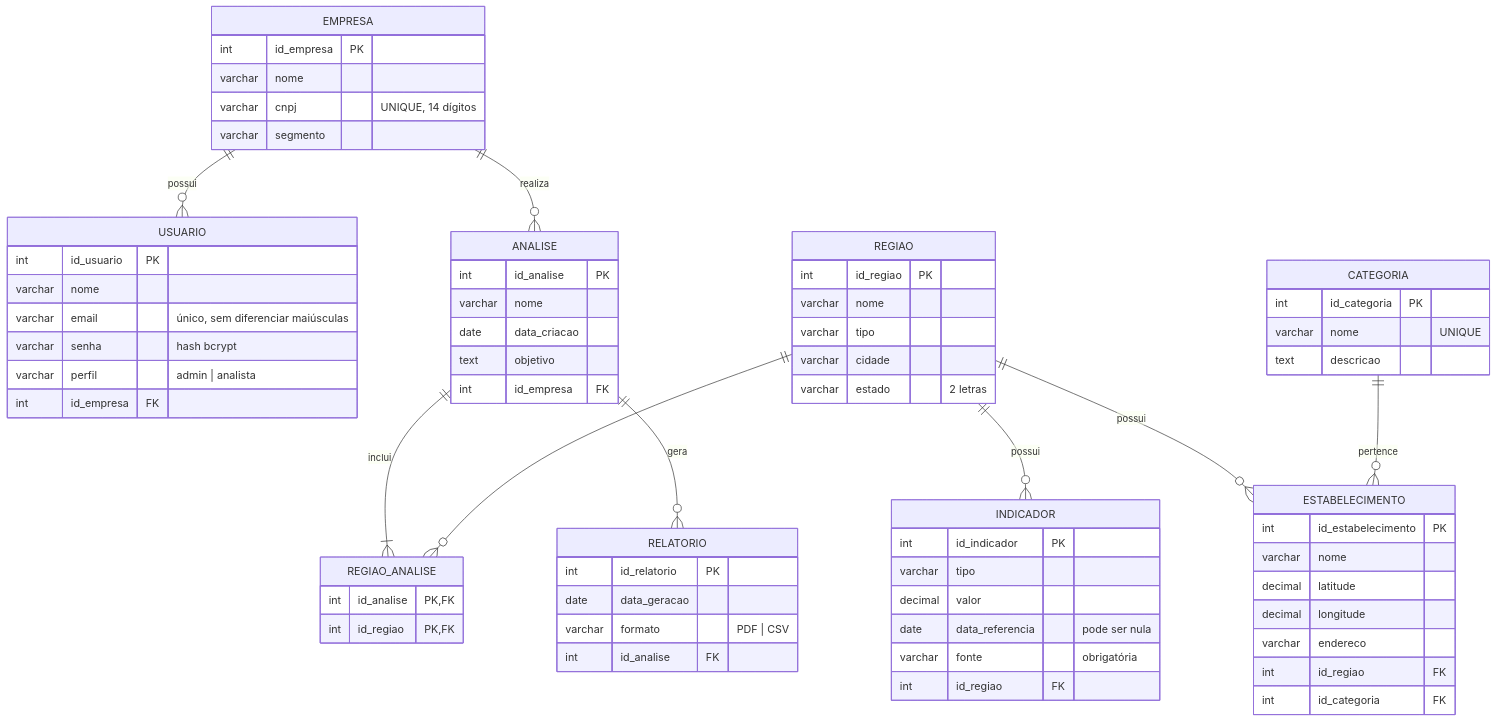
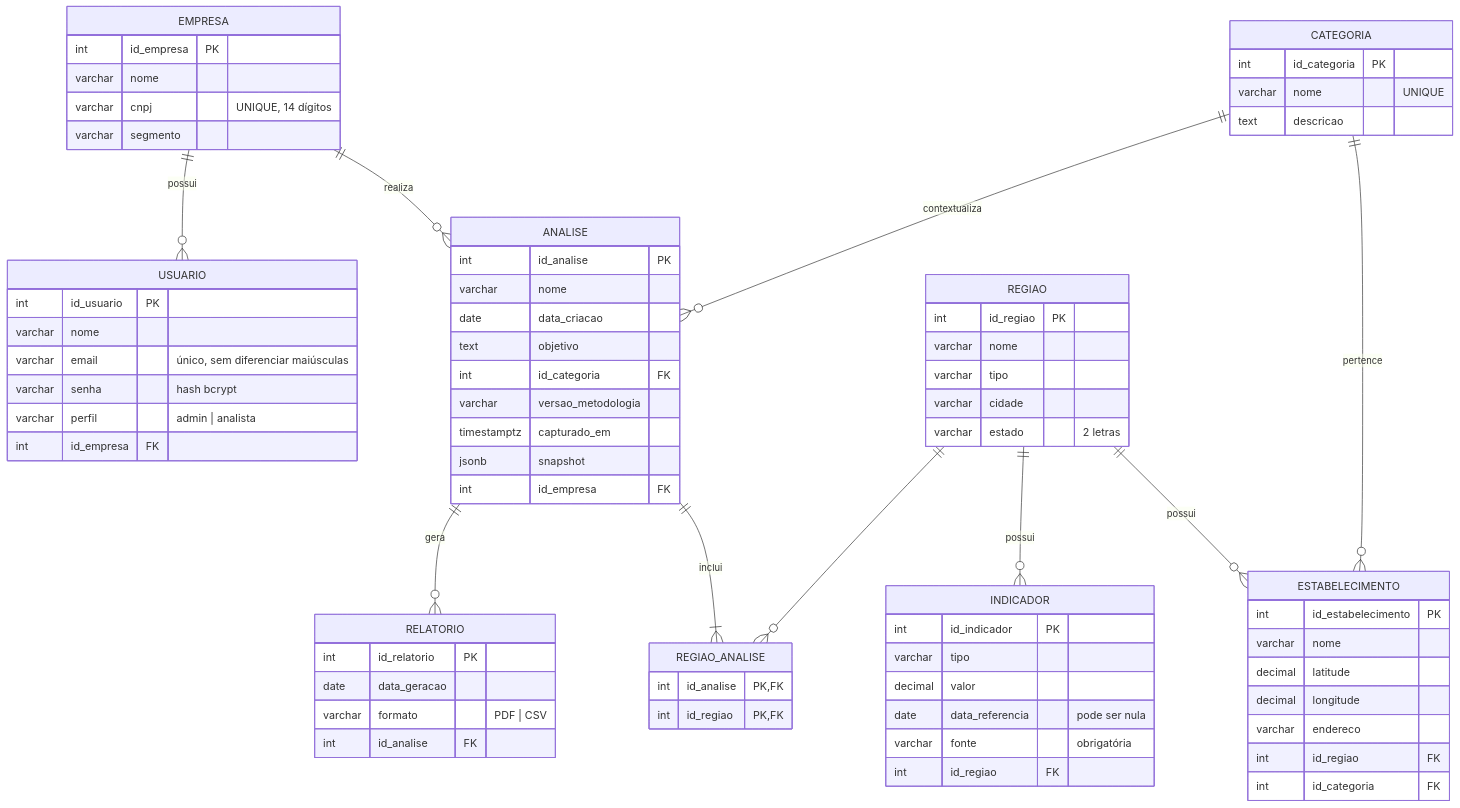
One commit to ogtompson/ponto-zero changed the diagram in docs/BANCO.md. Above: the diagram before and after it, drawn with Mermaid. The commit also changed other lines of this file and 3 other files, not shown here.

````diff
--- a/docs/BANCO.md
+++ b/docs/BANCO.md
@@ -17,71 +17,76 @@
 ```mermaid
 erDiagram
     EMPRESA {
         int id_empresa PK
         varchar nome
         varchar cnpj "UNIQUE, 14 dígitos"
         varchar segmento
     }
     USUARIO {
         int id_usuario PK
         varchar nome
         varchar email "único, sem diferenciar maiúsculas"
         varchar senha "hash bcrypt"
         varchar perfil "admin | analista"
         int id_empresa FK
     }
     ANALISE {
         int id_analise PK
         varchar nome
         date data_criacao
         text objetivo
+        int id_categoria FK
+        varchar versao_metodologia
+        timestamptz capturado_em
+        jsonb snapshot
         int id_empresa FK
     }
     REGIAO_ANALISE {
         int id_analise PK, FK
         int id_regiao PK, FK
     }
     REGIAO {
         int id_regiao PK
         varchar nome
         varchar tipo
         varchar cidade
         varchar estado "2 letras"
     }
     INDICADOR {
         int id_indicador PK
         varchar tipo
         decimal valor
         date data_referencia "pode ser nula"
         varchar fonte "obrigatória"
         int id_regiao FK
     }
     ESTABELECIMENTO {
         int id_estabelecimento PK
         varchar nome
         decimal latitude
         decimal longitude
         varchar endereco
         int id_regiao FK
         int id_categoria FK
     }
     CATEGORIA {
         int id_categoria PK
         varchar nome "UNIQUE"
         text descricao
     }
     RELATORIO {
         int id_relatorio PK
         date data_geracao
         varchar formato "PDF | CSV"
         int id_analise FK
     }
     EMPRESA ||--o{ USUARIO : possui
     EMPRESA ||--o{ ANALISE : realiza
+    CATEGORIA ||--o{ ANALISE : contextualiza
     ANALISE ||--|{ REGIAO_ANALISE : inclui
     REGIAO ||--o{ REGIAO_ANALISE : ""
     ANALISE ||--o{ RELATORIO : gera
     REGIAO ||--o{ INDICADOR : possui
     REGIAO ||--o{ ESTABELECIMENTO : possui
     CATEGORIA ||--o{ ESTABELECIMENTO : pertence
 ```
````
